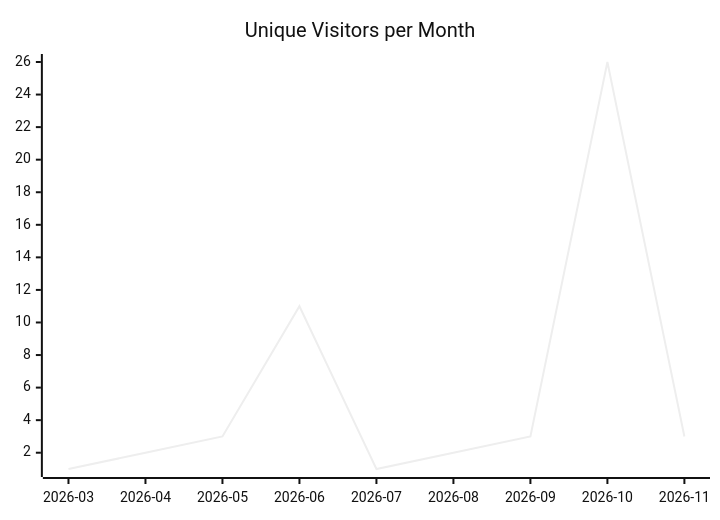
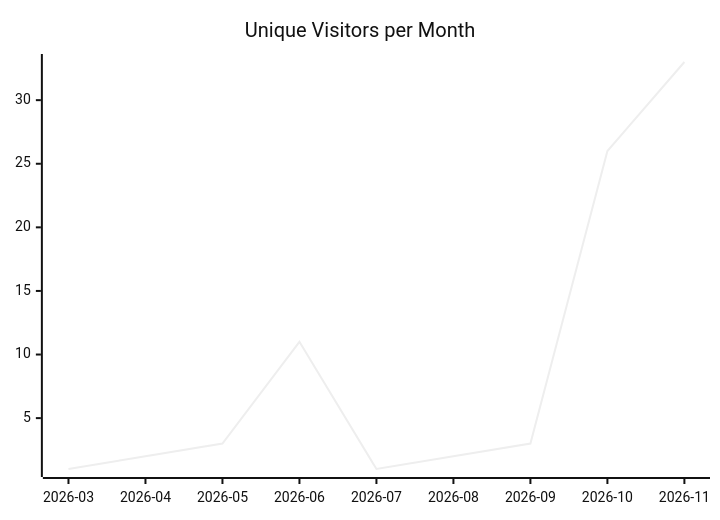
The first of 3 diagrams in karlmdavis/justdavis-ansible/README.md (justdavis-family/github-analytics-data), drawn with Mermaid (neutral theme) before and after one commit. The commit also changed other lines of this file and 188 other files, not shown here.

````diff
--- a/karlmdavis/justdavis-ansible/README.md
+++ b/karlmdavis/justdavis-ansible/README.md
@@ -5,6 +5,6 @@
 ```mermaid
 xychart-beta
   title "Unique Visitors per Month"
   x-axis ["2026-03", "2026-04", "2026-05", "2026-06", "2026-07", "2026-08", "2026-09", "2026-10", "2026-11"]
-  line [1, 2, 3, 11, 1, 2, 3, 26, 3]
+  line [1, 2, 3, 11, 1, 2, 3, 26, 33]
 ```
````
